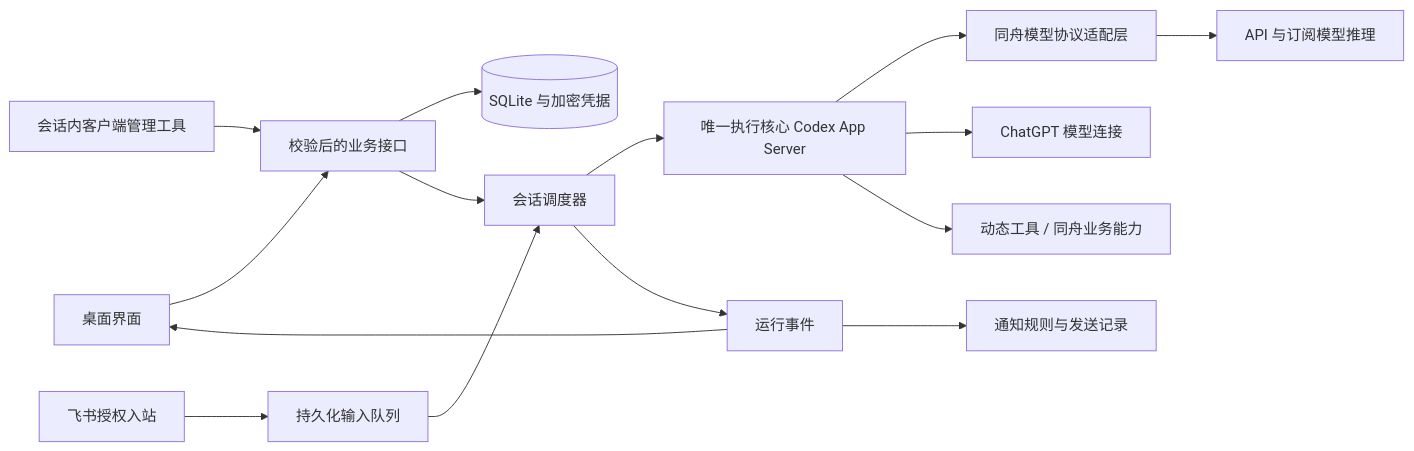
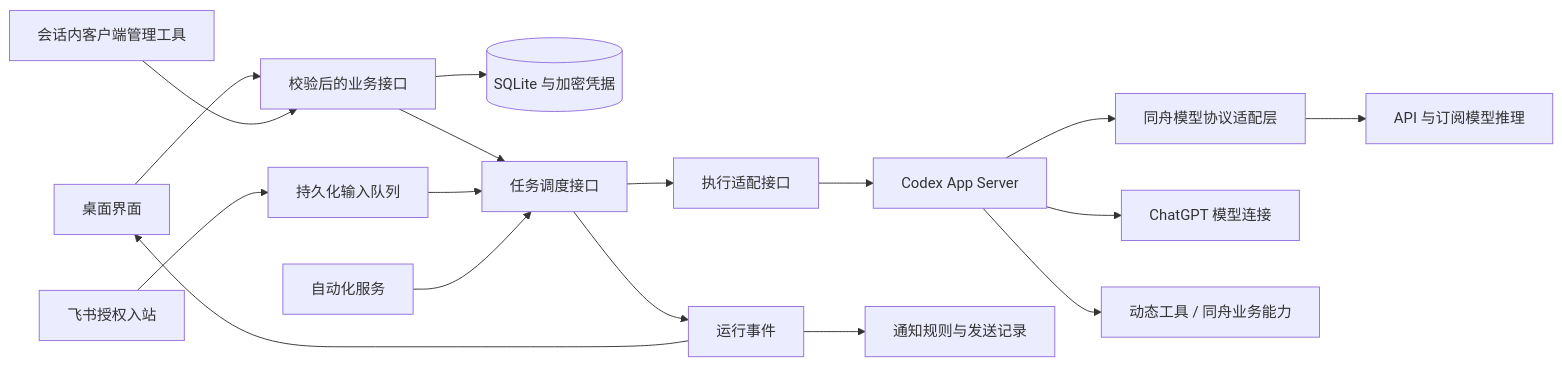
One commit to OrenZhang/tongzhou changed the diagram in docs/ARCHITECTURE.md. Above: the diagram before and after it, drawn with Mermaid. The commit also changed other lines of this file and 67 other files, not shown here.

````diff
--- a/docs/ARCHITECTURE.md
+++ b/docs/ARCHITECTURE.md
@@ -7,17 +7,19 @@
 ```mermaid
 flowchart LR
   UI[桌面界面] --> Commands[校验后的业务接口]
   Chat[会话内客户端管理工具] --> Commands
   Channel[飞书授权入站] --> Queue[持久化输入队列]
   Commands --> Store[(SQLite 与加密凭据)]
-  Commands --> Runtime[会话调度器]
-  Queue --> Runtime
-  Runtime --> Codex[唯一执行核心 Codex App Server]
+  Commands --> Tasks[任务调度接口]
+  Queue --> Tasks
+  Tasks --> Adapter[执行适配接口]
+  Adapter --> Codex[Codex App Server]
+  Automation[自动化服务] --> Tasks
   Codex --> Gateway[同舟模型协议适配层]
   Gateway --> API[API 与订阅模型推理]
   Codex --> ChatGPT[ChatGPT 模型连接]
   Codex --> Tools[动态工具 / 同舟业务能力]
-  Runtime --> Events[运行事件]
+  Tasks --> Events[运行事件]
   Events --> UI
   Events --> Notify[通知规则与发送记录]
 ```
````
